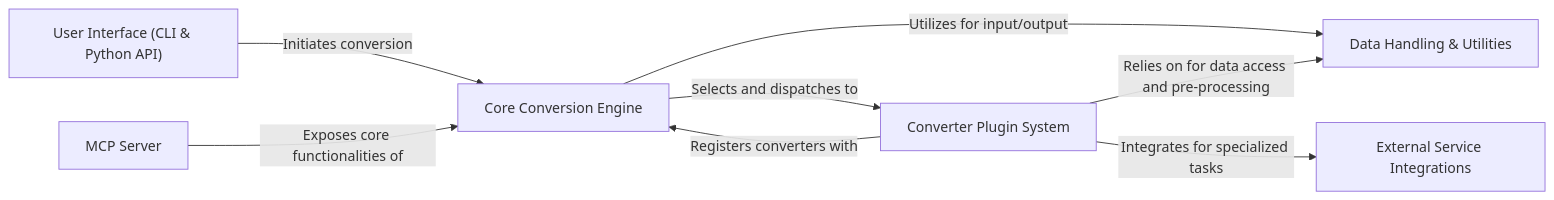
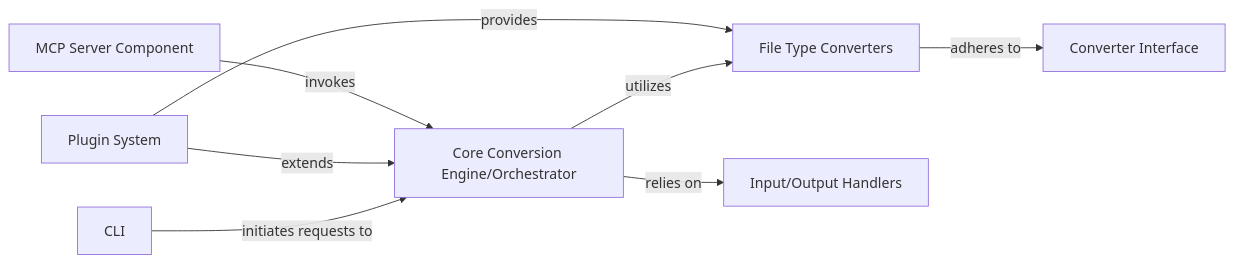
Before and after one commit to CodeBoarding/GeneratedOnBoardings: the diagram in markitdown/on_boarding.md, drawn with Mermaid. The commit also changed other lines of this file, not shown here.

````diff
--- a/markitdown/on_boarding.md
+++ b/markitdown/on_boarding.md
@@ -1,16 +1,17 @@
 ```mermaid
 graph LR
-    User_Interface_CLI_Python_API_["User Interface (CLI & Python API)"]
-    Core_Conversion_Engine["Core Conversion Engine"]
-    Converter_Plugin_System["Converter Plugin System"]
-    Data_Handling_Utilities["Data Handling & Utilities"]
-    External_Service_Integrations["External Service Integrations"]
-    MCP_Server["MCP Server"]
-    User_Interface_CLI_Python_API_ -- "Initiates conversion" --> Core_Conversion_Engine
-    Core_Conversion_Engine -- "Selects and dispatches to" --> Converter_Plugin_System
-    Converter_Plugin_System -- "Registers converters with" --> Core_Conversion_Engine
-    Core_Conversion_Engine -- "Utilizes for input/output" --> Data_Handling_Utilities
-    Converter_Plugin_System -- "Relies on for data access and pre-processing" --> Data_Handling_Utilities
-    Converter_Plugin_System -- "Integrates for specialized tasks" --> External_Service_Integrations
-    MCP_Server -- "Exposes core functionalities of" --> Core_Conversion_Engine
+    CLI["CLI"]
+    Core_Conversion_Engine_Orchestrator["Core Conversion Engine/Orchestrator"]
+    Converter_Interface["Converter Interface"]
+    File_Type_Converters["File Type Converters"]
+    Input_Output_Handlers["Input/Output Handlers"]
+    Plugin_System["Plugin System"]
+    MCP_Server_Component["MCP Server Component"]
+    CLI -- "initiates requests to" --> Core_Conversion_Engine_Orchestrator
+    Core_Conversion_Engine_Orchestrator -- "utilizes" --> File_Type_Converters
+    File_Type_Converters -- "adheres to" --> Converter_Interface
+    Core_Conversion_Engine_Orchestrator -- "relies on" --> Input_Output_Handlers
+    Plugin_System -- "extends" --> Core_Conversion_Engine_Orchestrator
+    Plugin_System -- "provides" --> File_Type_Converters
+    MCP_Server_Component -- "invokes" --> Core_Conversion_Engine_Orchestrator
 ```
````
